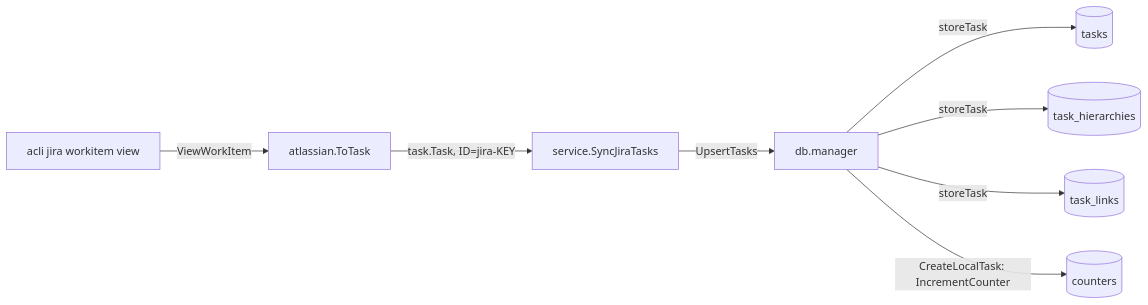
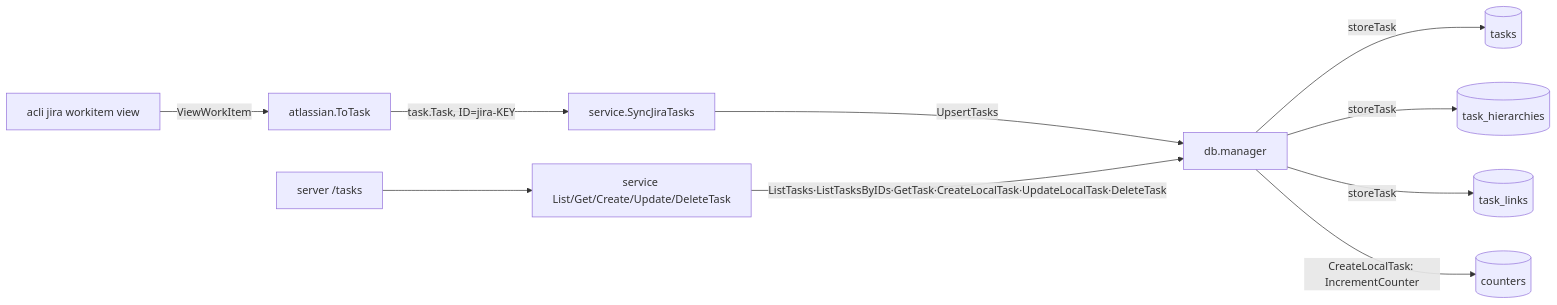
Before and after one commit to byron1st/wharf: the diagram in docs/agents/research/task-id-and-relations.md, drawn with Mermaid. The commit also changed other lines of this file and 22 other files, not shown here.

First line of the commit message:
feat: add task list, detail, create, update, and delete APIs

````diff
--- a/docs/agents/research/task-id-and-relations.md
+++ b/docs/agents/research/task-id-and-relations.md
@@ -13,10 +13,12 @@
 ```mermaid
 flowchart LR
     jira[acli jira workitem view] -->|ViewWorkItem| totask[atlassian.ToTask]
     totask -->|task.Task, ID=jira-KEY| svc[service.SyncJiraTasks]
     svc -->|UpsertTasks| db[db.manager]
     db -->|storeTask| tasks[(tasks)]
     db -->|storeTask| h[(task_hierarchies)]
     db -->|storeTask| l[(task_links)]
     db -->|CreateLocalTask: IncrementCounter| c[(counters)]
+    api[server /tasks] --> svc2[service List/Get/Create/Update/DeleteTask]
+    svc2 -->|ListTasks·ListTasksByIDs·GetTask·CreateLocalTask·UpdateLocalTask·DeleteTask| db
 ```
````
